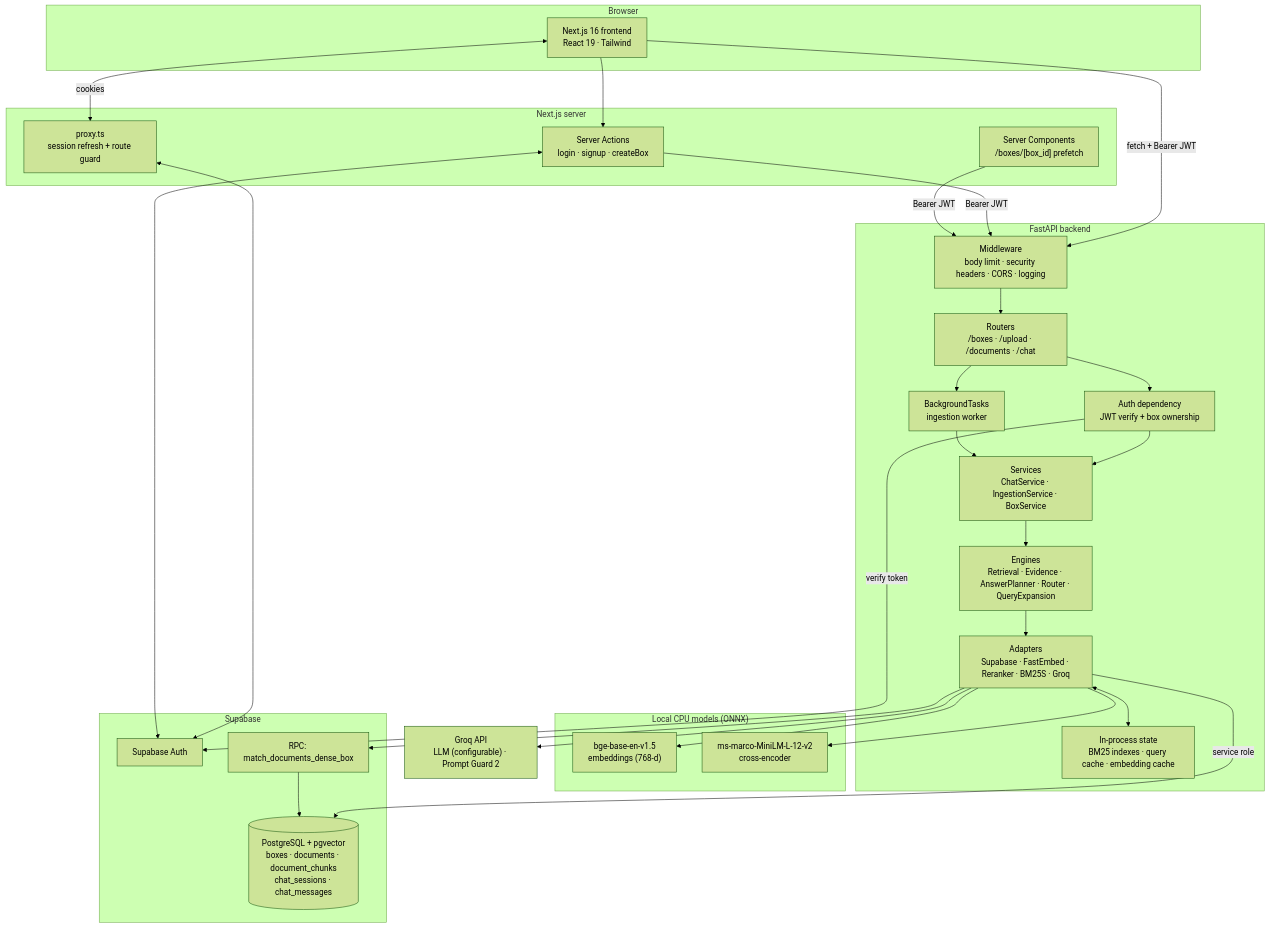
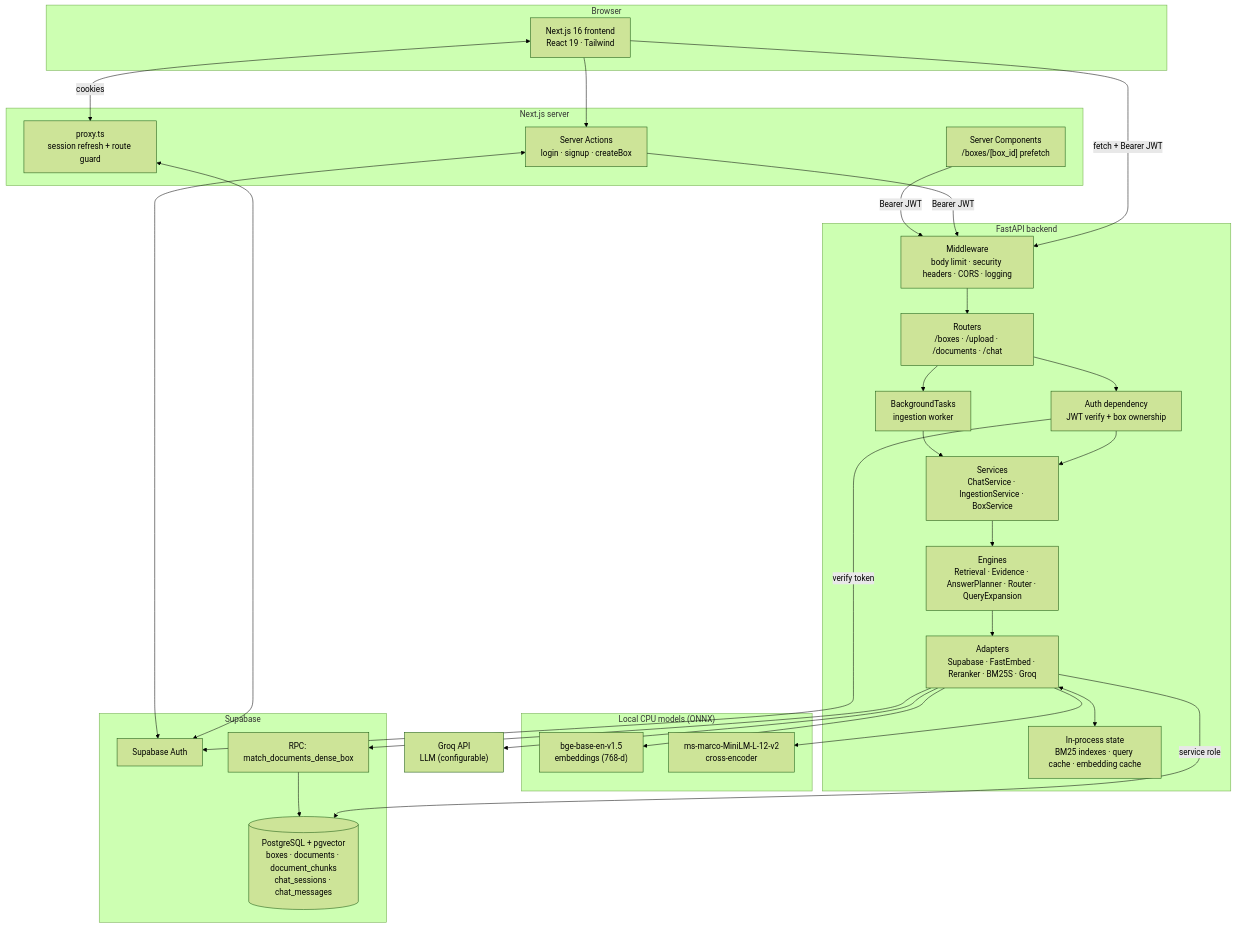
One commit to HARSH2413/DocIntel changed the second of 13 diagrams in README.md. Above: the diagram before and after it, drawn with Mermaid (forest theme). The commit also changed other lines of this file, not shown here.

Commit message:
docs: update README, remove deployment notes and sync schema setup

````diff
--- a/README.md
+++ b/README.md
@@ -135,55 +125,55 @@
 ```mermaid
 flowchart TB
     subgraph Client["Browser"]
         UI["Next.js 16 frontend<br/>React 19 · Tailwind"]
     end
 
     subgraph Edge["Next.js server"]
         PX["proxy.ts<br/>session refresh + route guard"]
         SA["Server Actions<br/>login · signup · createBox"]
         SSR["Server Components<br/>/boxes/[box_id] prefetch"]
     end
 
     subgraph API["FastAPI backend"]
         MW["Middleware<br/>body limit · security headers · CORS · logging"]
         RT["Routers<br/>/boxes · /upload · /documents · /chat"]
         AUTH["Auth dependency<br/>JWT verify + box ownership"]
         SVC["Services<br/>ChatService · IngestionService · BoxService"]
         ENG["Engines<br/>Retrieval · Evidence · AnswerPlanner · Router · QueryExpansion"]
         ADP["Adapters<br/>Supabase · FastEmbed · Reranker · BM25S · Groq"]
         BG["BackgroundTasks<br/>ingestion worker"]
         MEM["In-process state<br/>BM25 indexes · query cache · embedding cache"]
     end
 
     subgraph Local["Local CPU models (ONNX)"]
         EMB["bge-base-en-v1.5<br/>embeddings (768-d)"]
         RR["ms-marco-MiniLM-L-12-v2<br/>cross-encoder"]
     end
 
     subgraph Supabase["Supabase"]
         SAUTH["Supabase Auth"]
         PG[("PostgreSQL + pgvector<br/>boxes · documents · document_chunks<br/>chat_sessions · chat_messages")]
         RPC["RPC: match_documents_dense_box"]
     end
 
-    GROQ["Groq API<br/>LLM (configurable) · Prompt Guard 2"]
+    GROQ["Groq API<br/>LLM (configurable)"]
 
     UI <-->|cookies| PX
     UI --> SA
     UI -->|"fetch + Bearer JWT"| MW
     SA -->|Bearer JWT| MW
     SSR -->|Bearer JWT| MW
     PX <--> SAUTH
     SA <--> SAUTH
 
     MW --> RT --> AUTH --> SVC
     RT --> BG --> SVC
     SVC --> ENG --> ADP
     ADP <--> MEM
     ADP --> EMB
     ADP --> RR
     ADP -->|service role| PG
     ADP --> RPC --> PG
     AUTH -->|verify token| SAUTH
     ADP --> GROQ
 ```
````
